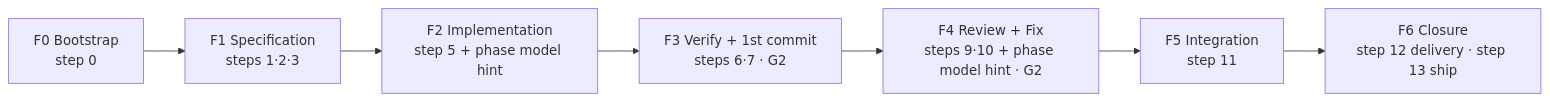
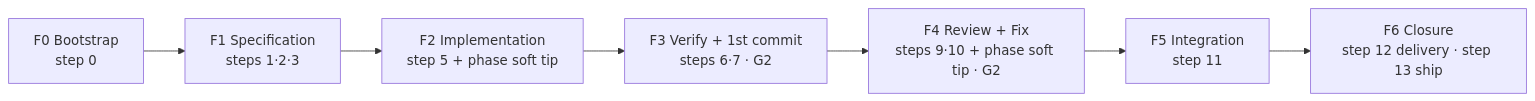
Before and after one commit to jpolvora/workflow-skills: the first of 9 diagrams in .agents/skills/spec-to-pr/DIAGRAM.md, drawn with Mermaid. The commit also changed other lines of this file and 15 other files, not shown here.

````diff
--- a/.agents/skills/spec-to-pr/DIAGRAM.md
+++ b/.agents/skills/spec-to-pr/DIAGRAM.md
@@ -13,9 +13,9 @@
 ```mermaid
 flowchart LR
   F0[F0 Bootstrap<br/>step 0] --> F1[F1 Specification<br/>steps 1·2·3]
-  F1 --> F2[F2 Implementation<br/>step 5 + phase model hint]
+  F1 --> F2[F2 Implementation<br/>step 5 + phase soft tip]
   F2 --> F3[F3 Verify + 1st commit<br/>steps 6·7 · G2]
-  F3 --> F4[F4 Review + Fix<br/>steps 9·10 + phase model hint · G2]
+  F3 --> F4[F4 Review + Fix<br/>steps 9·10 + phase soft tip · G2]
   F4 --> F5[F5 Integration<br/>step 11]
   F5 --> F6[F6 Closure<br/>step 12 delivery · step 13 ship]
 ```
````
